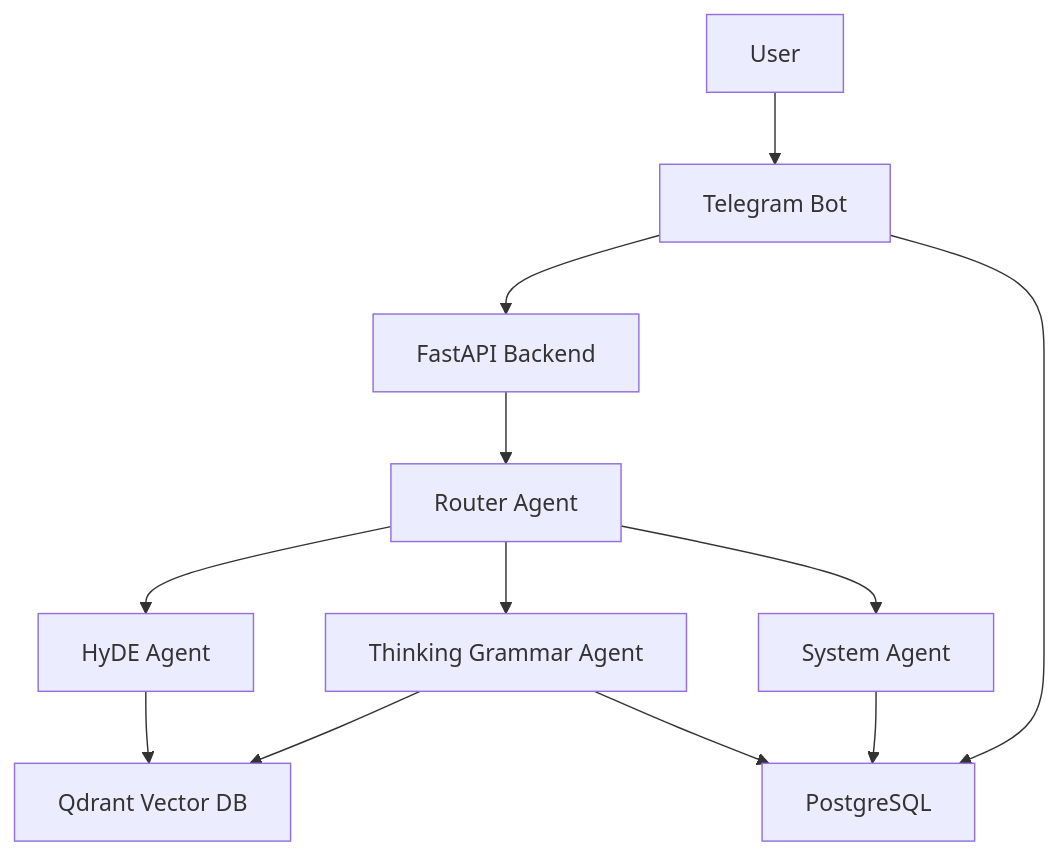
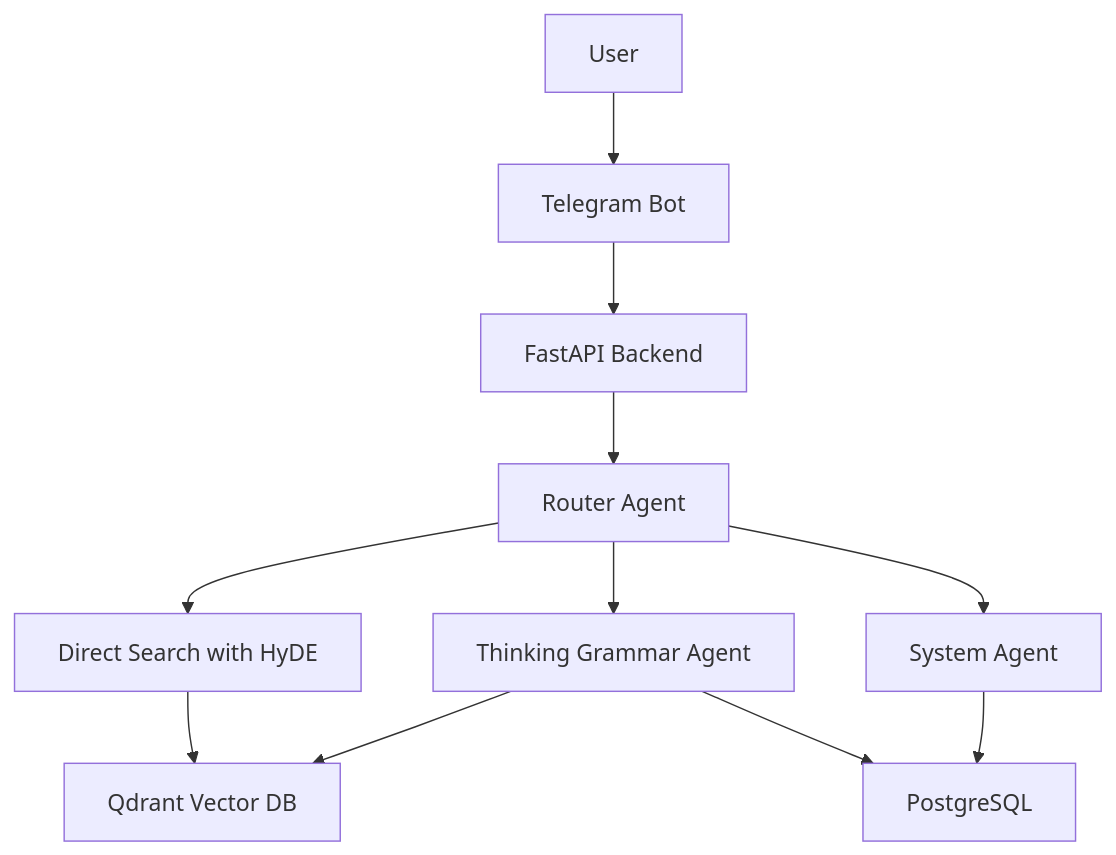
One commit to ksairos/korean_learning_chatbot changed the diagram in README.md. Above: the diagram before and after it, drawn with Mermaid. The commit also changed other lines of this file and 1 other file, not shown here.

````diff
--- a/README.md
+++ b/README.md
@@ -37,14 +35,13 @@
 ```mermaid
 graph TD
     A[User] --> B[Telegram Bot]
     B --> C[FastAPI Backend]
     C --> D[Router Agent]
-    D --> E[HyDE Agent]
+    D --> E[Direct Search with HyDE]
     D --> F[Thinking Grammar Agent]
     D --> G[System Agent]
     E --> H[Qdrant Vector DB]
     F --> H
     F --> I[PostgreSQL]
     G --> I
-    B --> I
 ```
````
